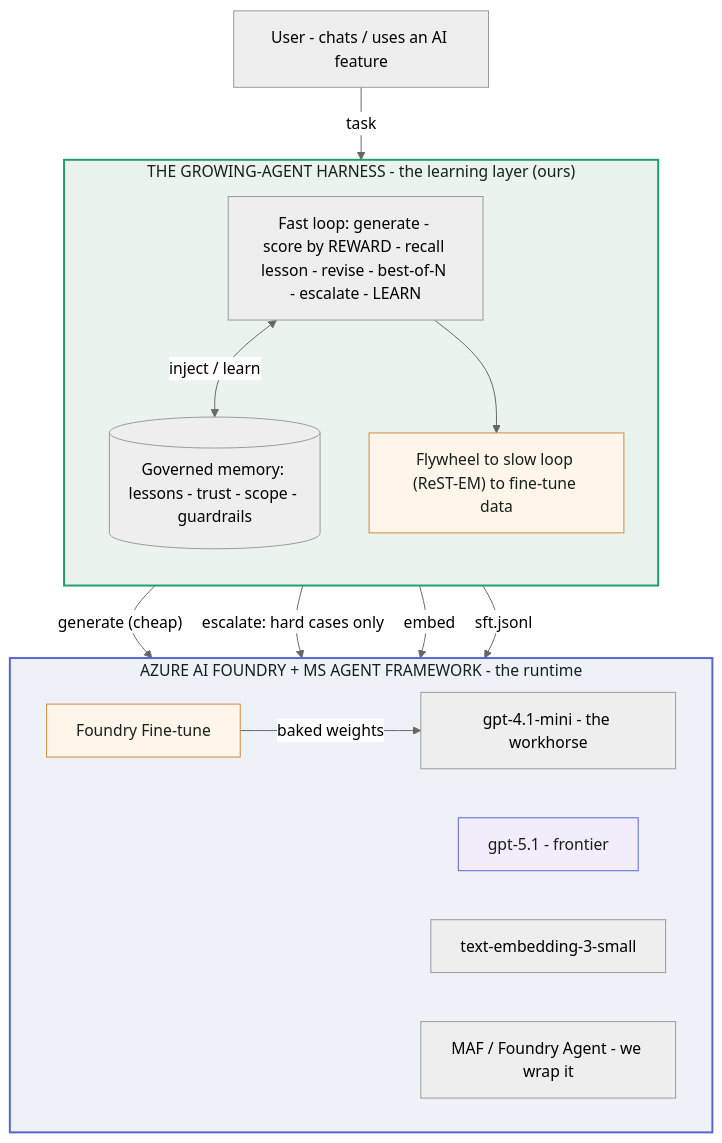
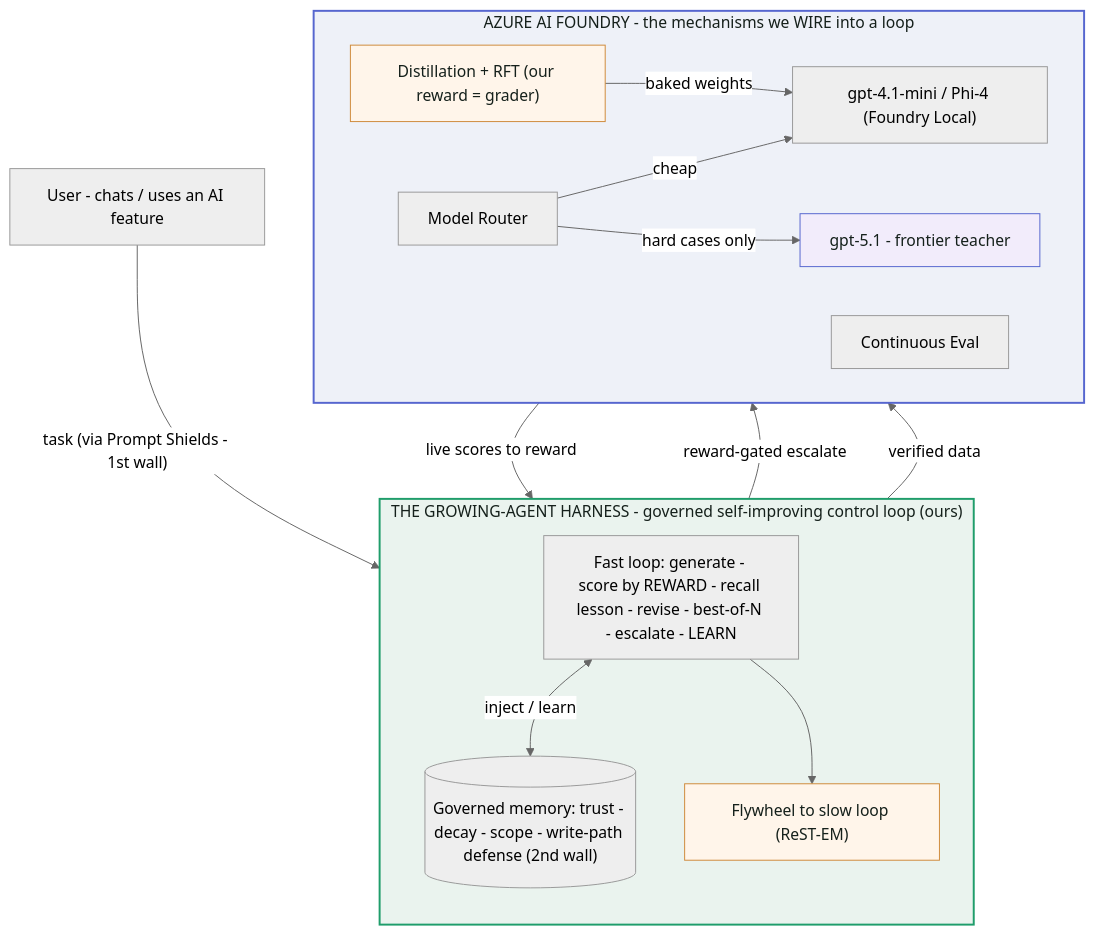
The diagram in docs/DECK-SOURCE.md (BuiDoanKhanhAnPrecioFishbone/team6-growing-agent-pattern), drawn with Mermaid (neutral theme) before and after one commit. The commit also changed other lines of this file and 1 other file, not shown here.

Commit message:
reframe: STANDOUT-IDEAS doc + fold 'governed control loop over Foundry' into deck-source & architecture
From 3-thread research (Azure Foundry services · Copilot Studio ecosystem · frontier of
self-improving agents):
- docs/STANDOUT-IDEAS.md: the reframe (control loop that closes Foundry's open primitives;
  MCP 'Coach' wedge for the MS agent ecosystem), quick wins (MCP server, reward=RFT-grader,
  Model-Router-gated escalation, GEPA self-optimization), bigger swings (Foundry Local
  on-device, on-policy distillation, self-modifying agent, federated lesson exchange),
  already-built reframes (two-wall injection defense, governed memory), + sources.
- DECK-SOURCE: added the two positioning one-liners; architecture mermaid now shows the
  harness WIRING Foundry mechanisms (Model Router / Distillation+RFT / Continuous Eval /
  Prompt Shields), not just wrapping a runtime.
- Architecture artifact republished with the same reframe.

````diff
--- a/docs/DECK-SOURCE.md
+++ b/docs/DECK-SOURCE.md
@@ -48,35 +53,36 @@
 ```mermaid
 flowchart TB
   U["User - chats / uses an AI feature"]
-  U -->|task| LOOP
+  U -->|"task (via Prompt Shields - 1st wall)"| LOOP
 
-  subgraph HARNESS["THE GROWING-AGENT HARNESS - the learning layer (ours)"]
+  subgraph HARNESS["THE GROWING-AGENT HARNESS - governed self-improving control loop (ours)"]
     direction TB
     LOOP["Fast loop: generate - score by REWARD - recall lesson - revise - best-of-N - escalate - LEARN"]
-    MEM[("Governed memory: lessons - trust - scope - guardrails")]
-    FLY["Flywheel to slow loop (ReST-EM) to fine-tune data"]
+    MEM[("Governed memory: trust - decay - scope - write-path defense (2nd wall)")]
+    FLY["Flywheel to slow loop (ReST-EM)"]
     LOOP <-->|inject / learn| MEM
     LOOP --> FLY
   end
 
-  subgraph FOUNDRY["AZURE AI FOUNDRY + MS AGENT FRAMEWORK - the runtime"]
+  subgraph FOUNDRY["AZURE AI FOUNDRY - the mechanisms we WIRE into a loop"]
     direction LR
-    MINI["gpt-4.1-mini - the workhorse"]
-    FRON["gpt-5.1 - frontier"]
-    EMB["text-embedding-3-small"]
-    MAF["MAF / Foundry Agent - we wrap it"]
-    FT["Foundry Fine-tune"]
+    ROUTER["Model Router"]
+    MINI["gpt-4.1-mini / Phi-4 (Foundry Local)"]
+    FRON["gpt-5.1 - frontier teacher"]
+    DR["Distillation + RFT (our reward = grader)"]
+    EVAL["Continuous Eval"]
   end
 
-  LOOP -->|"generate (cheap)"| MINI
-  LOOP -->|"escalate: hard cases only"| FRON
-  MEM -->|embed| EMB
-  FLY -->|sft.jsonl| FT
-  FT -->|baked weights| MINI
+  LOOP -->|reward-gated escalate| ROUTER
+  ROUTER -->|cheap| MINI
+  ROUTER -->|hard cases only| FRON
+  FLY -->|verified data| DR
+  DR -->|baked weights| MINI
+  EVAL -->|"live scores to reward"| LOOP
 
   style HARNESS fill:#eaf3ee,stroke:#1f9d6b,stroke-width:2px,color:#15201b
   style FOUNDRY fill:#eef1f8,stroke:#5666cf,stroke-width:2px,color:#15201b
   style FLY fill:#fff5ea,stroke:#cf8a3b,color:#15201b
   style FRON fill:#f2ecfb,stroke:#5666cf,color:#15201b
-  style FT fill:#fff5ea,stroke:#cf8a3b,color:#15201b
+  style DR fill:#fff5ea,stroke:#cf8a3b,color:#15201b
 ```
````
